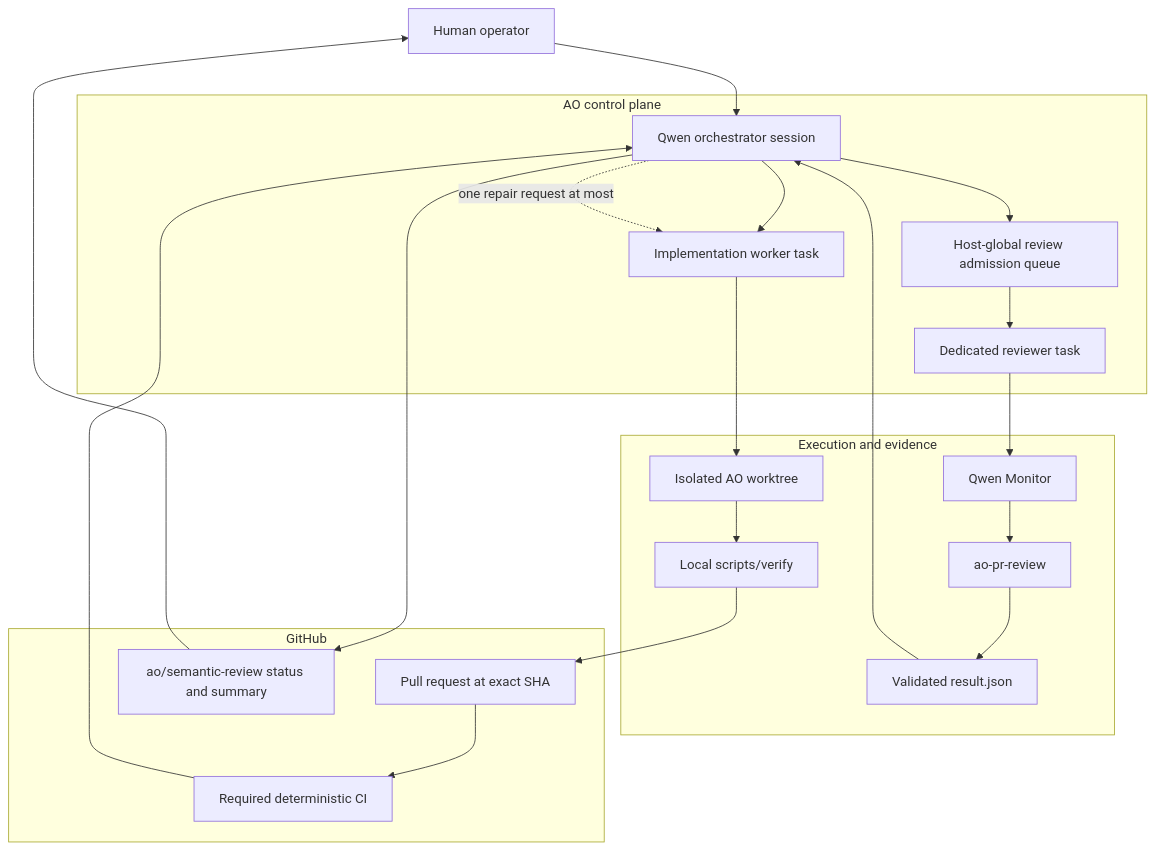
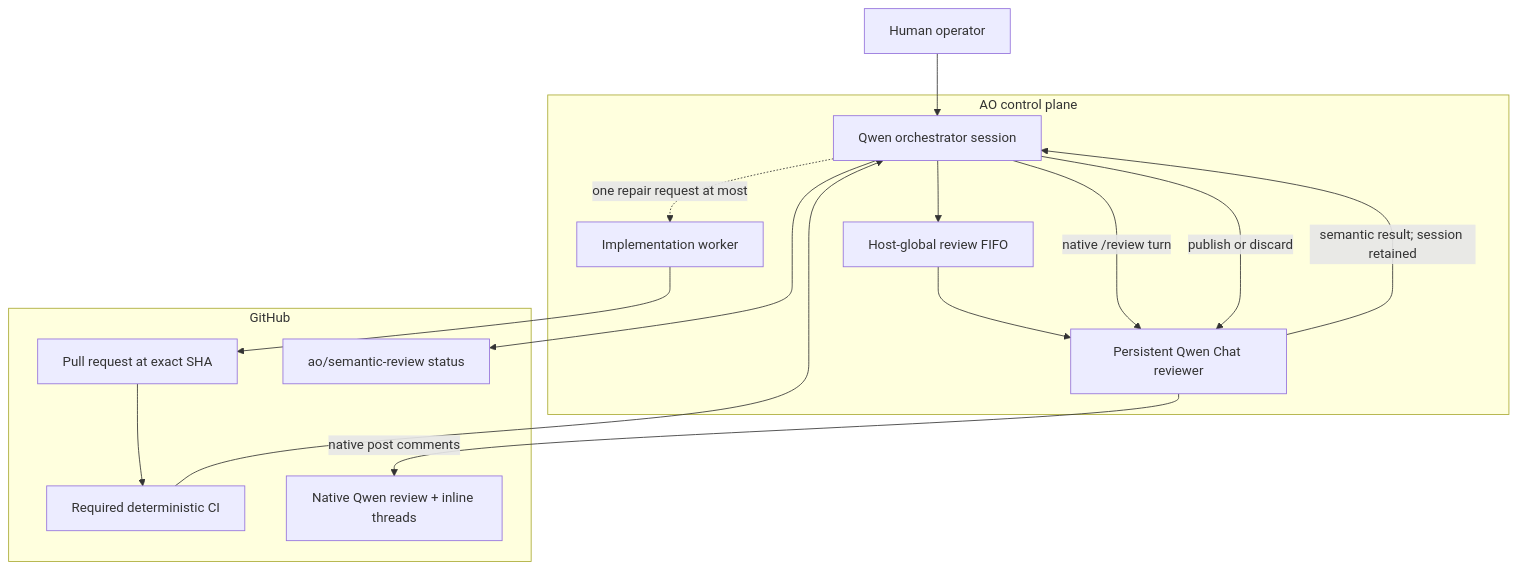
One commit to ensingerphilipp/AO-QwenCode-Harness changed the first of 2 diagrams in README.md. Above: the diagram before and after it, drawn with Mermaid. The commit also changed other lines of this file and 37 other files, not shown here.

Commit message:
Replace semantic review wrapper with persistent native review

````diff
--- a/README.md
+++ b/README.md
@@ -26,33 +26,25 @@
 ```mermaid
 flowchart TB
     H[Human operator]
-
     subgraph AO[AO control plane]
         O[Qwen orchestrator session]
-        W[Implementation worker task]
-        Q[Host-global review admission queue]
-        R[Dedicated reviewer task]
+        W[Implementation worker]
+        Q[Host-global review FIFO]
+        R[Persistent Qwen Chat reviewer]
     end
-
-    subgraph EXEC[Execution and evidence]
-        WT[Isolated AO worktree]
-        V[Local scripts/verify]
-        M[Qwen Monitor]
-        S[ao-pr-review]
-        J[Validated result.json]
-    end
-
     subgraph GH[GitHub]
         PR[Pull request at exact SHA]
         CI[Required deterministic CI]
-        P[ao/semantic-review status and summary]
+        NR[Native Qwen review + inline threads]
+        ST[ao/semantic-review status]
     end
-
+    W --> PR --> CI --> O
+    O --> Q --> R
+    O -->|native /review turn| R
+    R -->|semantic result; session retained| O
+    O -->|publish or discard| R
+    R -->|native post comments| NR
+    O --> ST
+    O -. one repair request at most .-> W
     H --> O
-    O --> W
-    W --> WT --> V --> PR --> CI
-    CI --> O
-    O --> Q --> R --> M --> S --> J --> O
-    O --> P --> H
-    O -. one repair request at most .-> W
 ```
````
